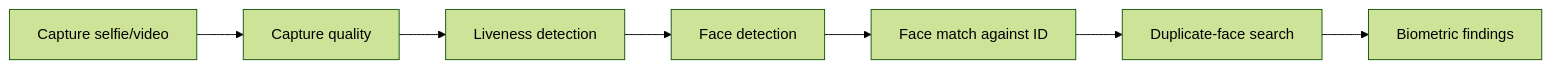
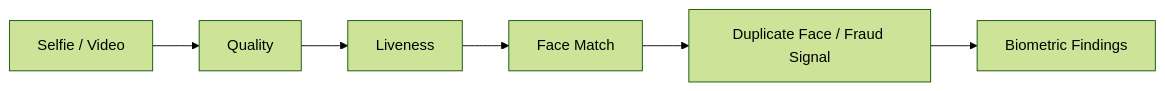
The sixth of 9 diagrams in src/content/system-design/kyc-pipeline.md (AvadhBhalodiya/Interview-Preparation), drawn with Mermaid (forest theme) before and after one commit. The commit also changed other lines of this file and 54 other files, not shown here.

````diff
--- a/src/content/system-design/kyc-pipeline.md
+++ b/src/content/system-design/kyc-pipeline.md
@@ -641,9 +468,8 @@
 ```mermaid
 flowchart LR
-    SELFIE[Capture selfie/video] --> QUALITY[Capture quality]
-    QUALITY --> LIVE[Liveness detection]
-    LIVE --> FACE[Face detection]
-    FACE --> MATCH[Face match against ID]
-    MATCH --> DUP[Duplicate-face search]
-    DUP --> RESULT[Biometric findings]
+    CAP[Selfie / Video] --> Q[Quality]
+    Q --> LIVE[Liveness]
+    LIVE --> FACE[Face Match]
+    FACE --> DUP[Duplicate Face / Fraud Signal]
+    DUP --> RESULT[Biometric Findings]
 ```
````
